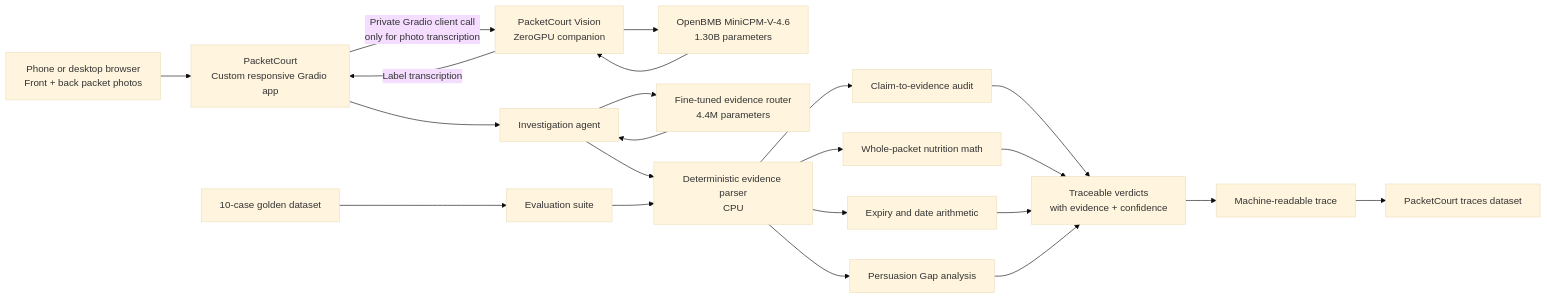
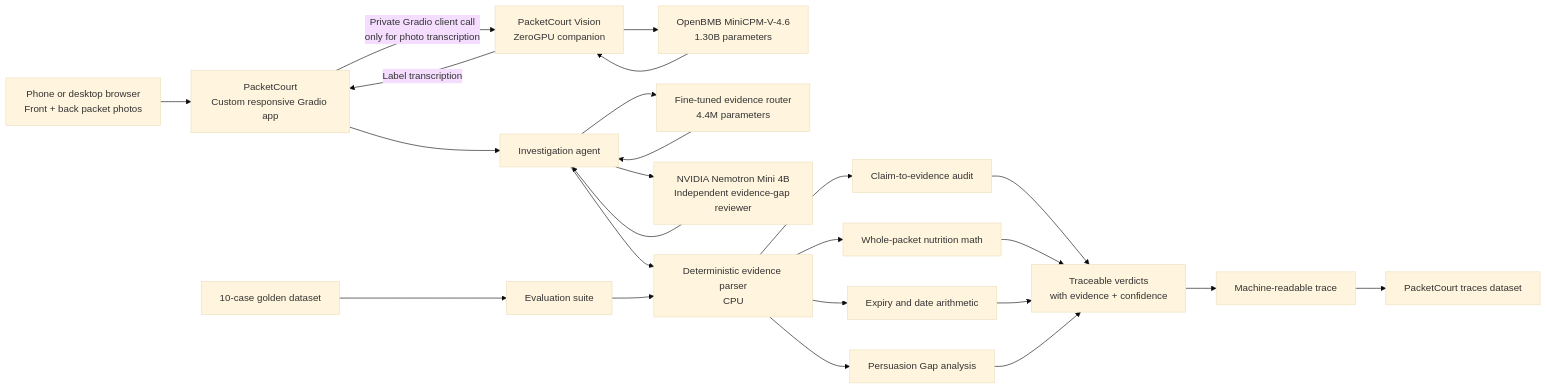
One commit to N-45div/PacketCourt changed the diagram in README.md. Above: the diagram before and after it, drawn with Mermaid (base theme). The commit also changed other lines of this file and 11 other files, not shown here.

First line of the commit message:
feat: add bounded NVIDIA Nemotron evidence reviewer

````diff
--- a/README.md
+++ b/README.md
@@ -46,29 +47,31 @@
 ```mermaid
 flowchart LR
     U["Phone or desktop browser<br/>Front + back packet photos"] --> M["PacketCourt<br/>Custom responsive Gradio app"]
 
     M -->|"Private Gradio client call<br/>only for photo transcription"| V["PacketCourt Vision<br/>ZeroGPU companion"]
     V --> Z["OpenBMB MiniCPM-V-4.6<br/>1.30B parameters"]
     Z --> V
     V -->|"Label transcription"| M
 
     M --> A["Investigation agent"]
     A --> FR["Fine-tuned evidence router<br/>4.4M parameters"]
     FR --> A
+    A --> NV["NVIDIA Nemotron Mini 4B<br/>Independent evidence-gap reviewer"]
+    NV --> A
     A --> P["Deterministic evidence parser<br/>CPU"]
     P --> C["Claim-to-evidence audit"]
     P --> N["Whole-packet nutrition math"]
     P --> D["Expiry and date arithmetic"]
     P --> G["Persuasion Gap analysis"]
 
     C --> R["Traceable verdicts<br/>with evidence + confidence"]
     N --> R
     D --> R
     G --> R
 
     R --> T["Machine-readable trace"]
     T --> TD["PacketCourt traces dataset"]
 
     E["10-case golden dataset"] --> Q["Evaluation suite"]
     Q --> P
 ```
````
